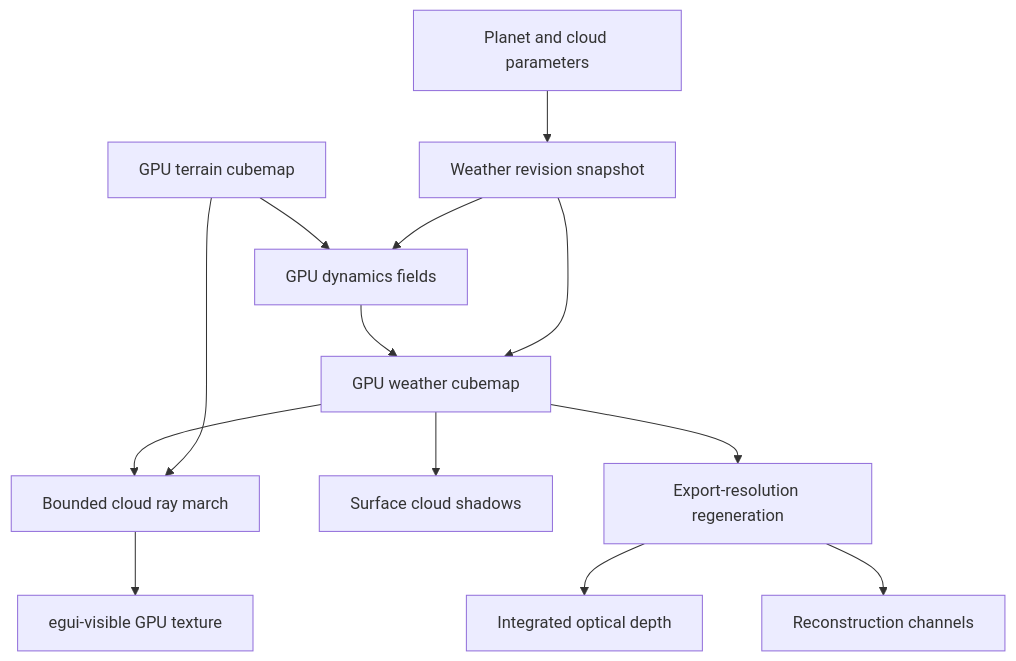
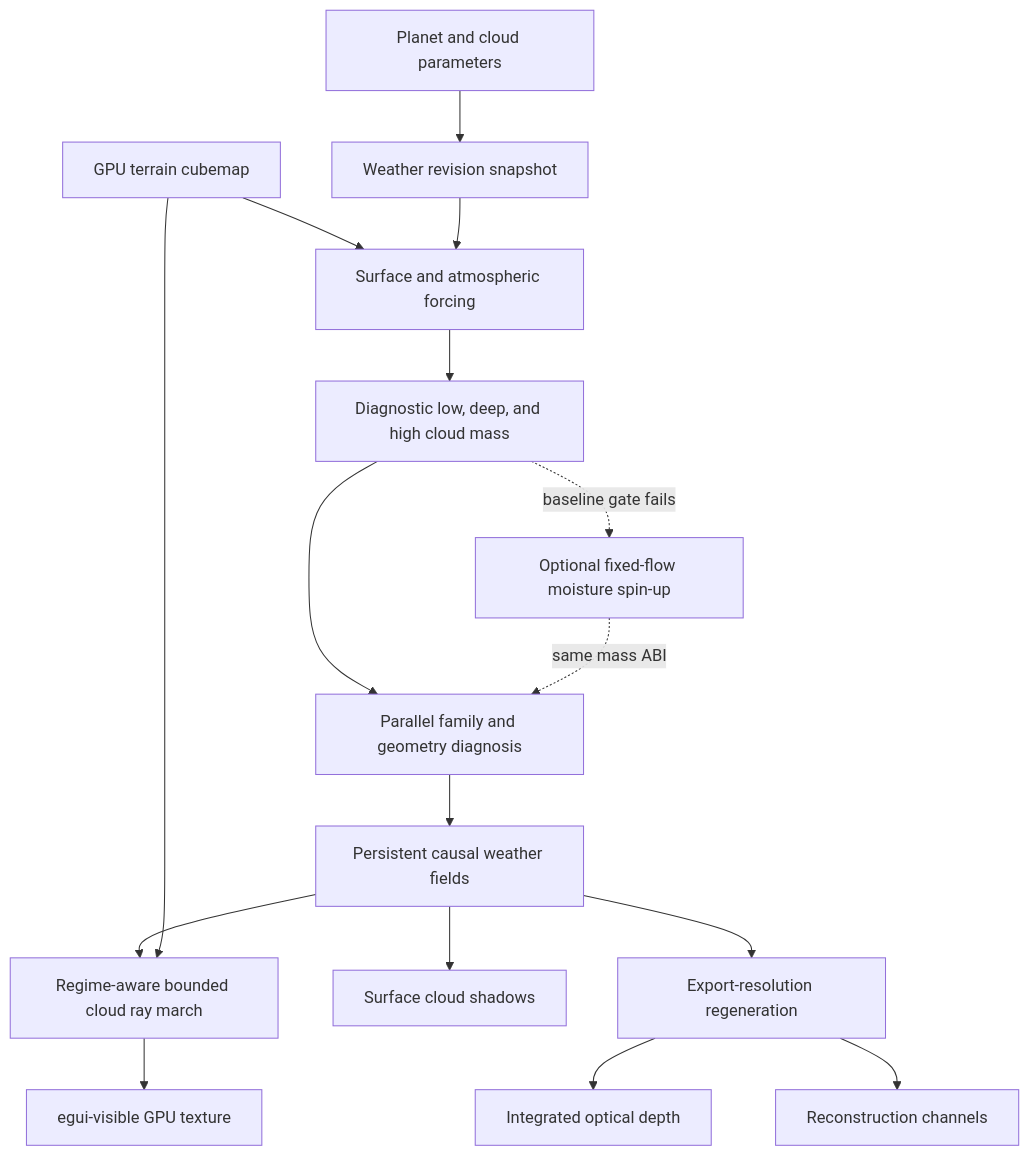
One commit to ra100/planet-gen changed the first of 3 diagrams in docs/plans/2026-07-10-001-feat-shallow-volumetric-clouds-plan.md. Above: the diagram before and after it, drawn with Mermaid. The commit also changed other lines of this file, not shown here.

First line of the commit message:
📋 Refine causal cloud implementation plan

````diff
--- a/docs/plans/2026-07-10-001-feat-shallow-volumetric-clouds-plan.md
+++ b/docs/plans/2026-07-10-001-feat-shallow-volumetric-clouds-plan.md
@@ -125,15 +198,18 @@
 ```mermaid
 flowchart TB
     UI[Planet and cloud parameters] --> Revision[Weather revision snapshot]
-    Terrain[GPU terrain cubemap] --> Dynamics[GPU dynamics fields]
-    Revision --> Dynamics
-    Dynamics --> Weather[GPU weather cubemap]
-    Revision --> Weather
-    Weather --> Preview[Bounded cloud ray march]
+    Terrain[GPU terrain cubemap] --> Forcing[Surface and atmospheric forcing]
+    Revision --> Forcing
+    Forcing --> Mass[Diagnostic low, deep, and high cloud mass]
+    Mass --> Regimes[Parallel family and geometry diagnosis]
+    Mass -. baseline gate fails .-> Spin[Optional fixed-flow moisture spin-up]
+    Spin -. same mass ABI .-> Regimes
+    Regimes --> Weather[Persistent causal weather fields]
+    Weather --> Preview[Regime-aware bounded cloud ray march]
     Terrain --> Preview
     Preview --> Target[egui-visible GPU texture]
     Weather --> Shadow[Surface cloud shadows]
     Weather --> Export[Export-resolution regeneration]
     Export --> Optical[Integrated optical depth]
     Export --> Channels[Reconstruction channels]
 ```
````
